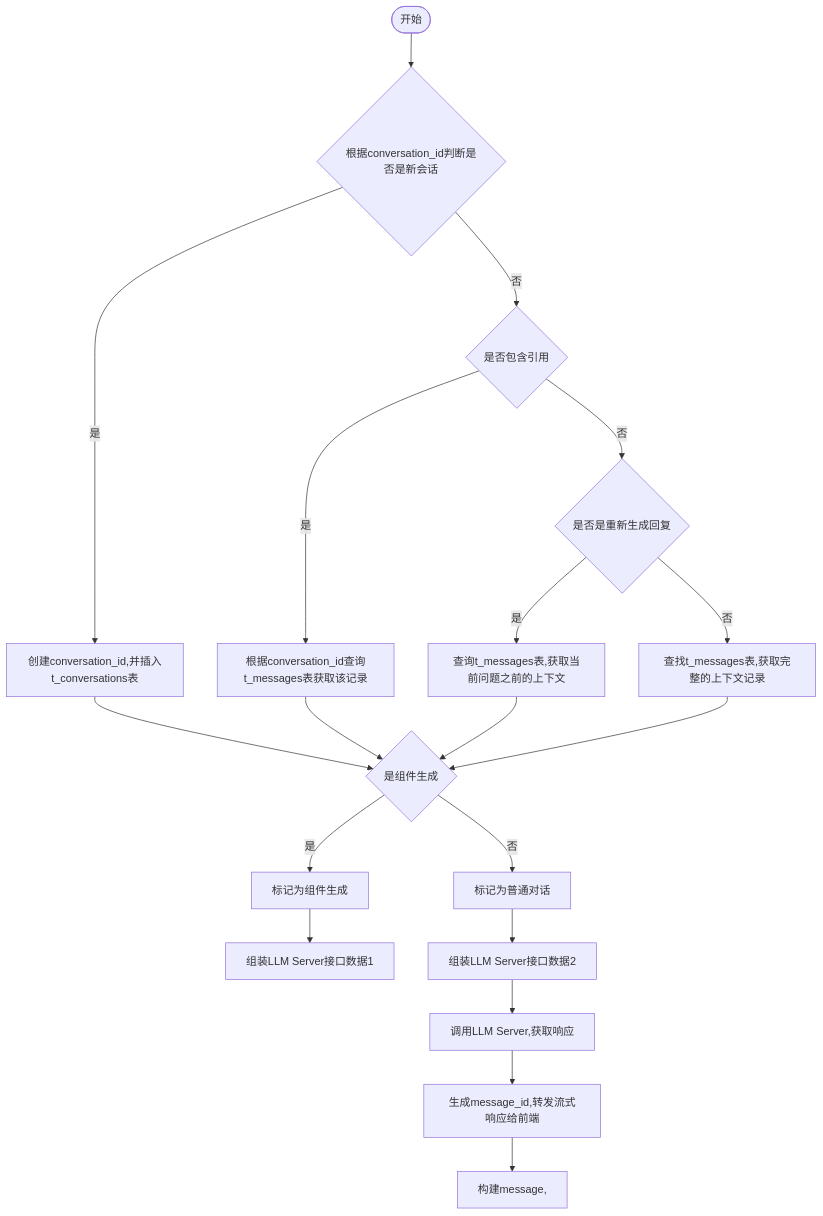
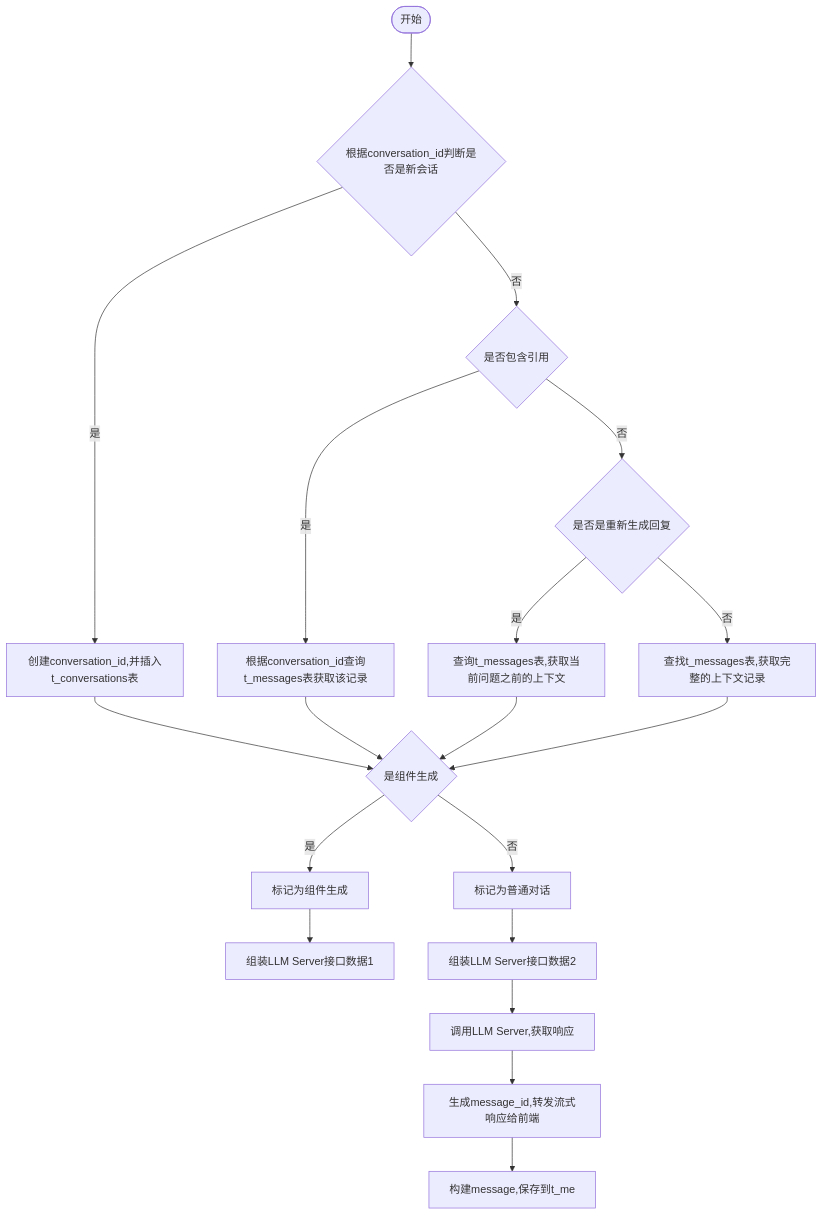
One commit to yingjianzh/iodraw-files changed the diagram in all/未命名-7.md. Above: the diagram before and after it, drawn with Mermaid.

Commit message:
2024-10-12 14:32:36 update

````diff
--- a/all/未命名-7.md
+++ b/all/未命名-7.md
@@ -1,21 +1,21 @@
 ```mermaid
 flowchart TD
     A([开始]) --> B{根据conversation_id判断是否是新会话}
     B -- 是 --> C[创建conversation_id,并插入t_conversations表]
     B -- 否 --> D{是否包含引用}
     D -- 是 --> E[根据conversation_id查询t_messages表获取该记录]
     D -- 否 --> F{是否是重新生成回复}
     F -- 是 --> G[查询t_messages表,获取当前问题之前的上下文]
     F -- 否 --> H[查找t_messages表,获取完整的上下文记录]
      
     C & E & G & H --> I{是组件生成}
     I -- 是 --> J[标记为组件生成]
     I -- 否 --> K[标记为普通对话]
 
     J --> L[组装LLM Server接口数据1]    
     K --> M[组装LLM Server接口数据2]    
     M --> N[调用LLM Server,获取响应]    
     N --> O[生成message_id,转发流式响应给前端]
-    O --> P[构建message,]
+    O --> P[构建message,保存到t_me]
 
 ```
````
